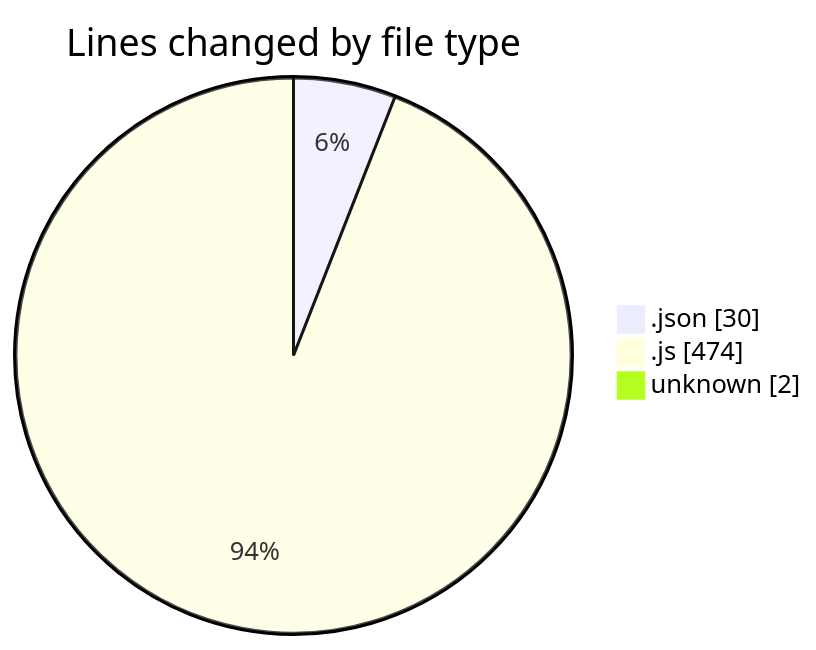
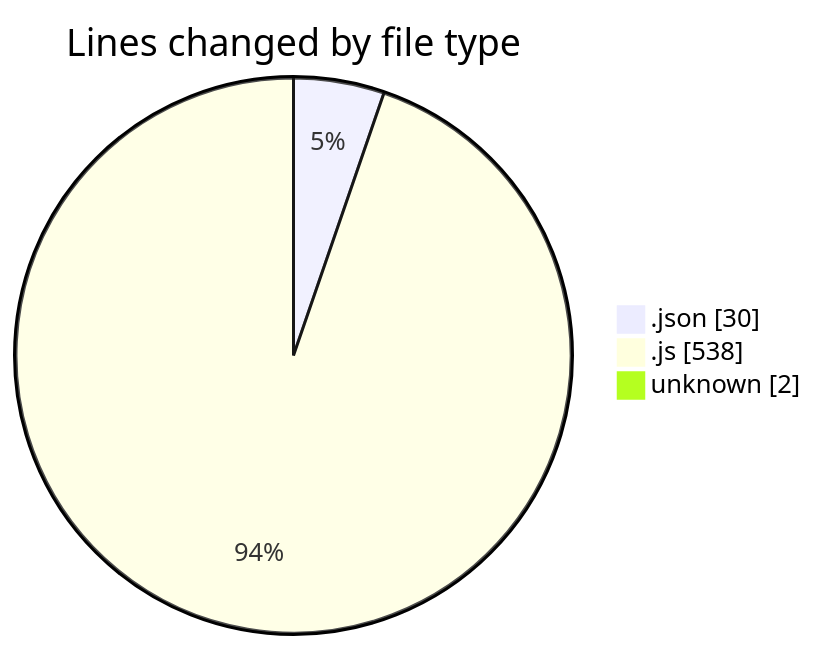
Before and after one commit to Ritupan-Deka/code-tracking: the first of 2 diagrams in 2025-07-16/mern-workoutboard/README.md, drawn with Mermaid. The commit also changed other lines of this file and 1 other file, not shown here.

````diff
--- a/2025-07-16/mern-workoutboard/README.md
+++ b/2025-07-16/mern-workoutboard/README.md
@@ -26,7 +26,7 @@
 ```mermaid
 pie showData
 title Lines changed by file type
 ".json" : 30
-".js" : 474
+".js" : 538
 "unknown" : 2
 ```
````
